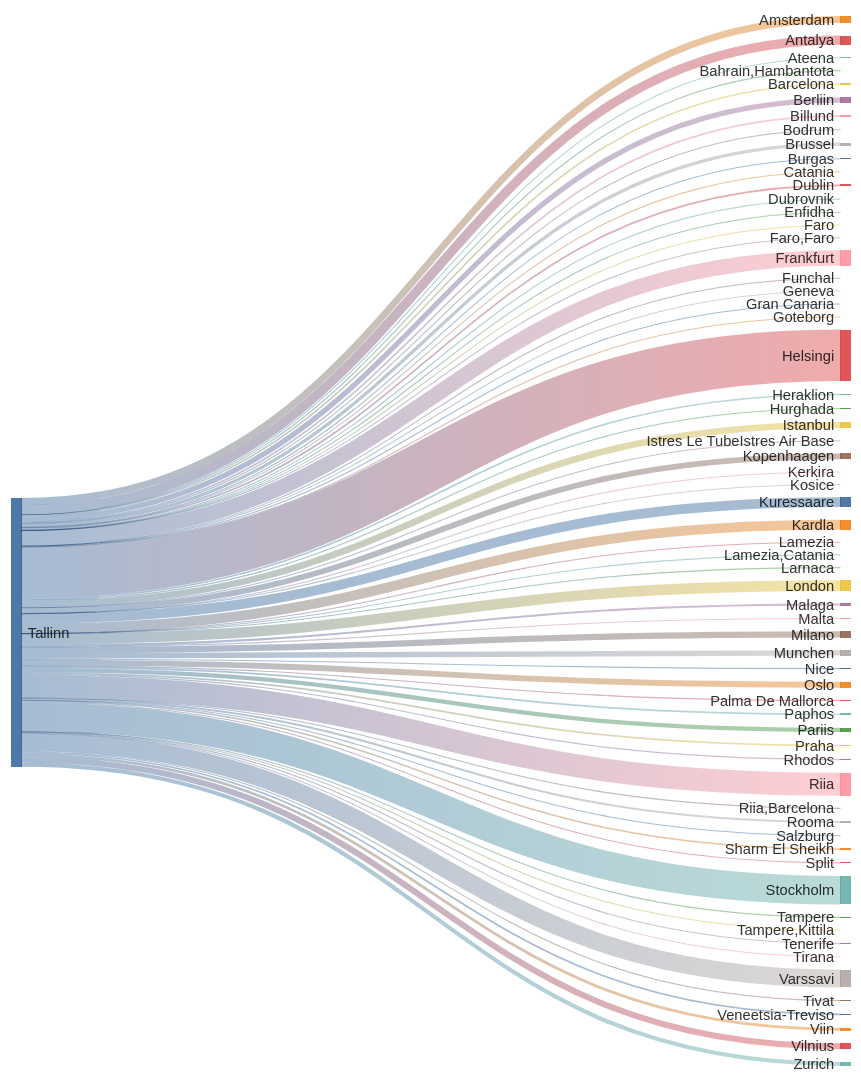
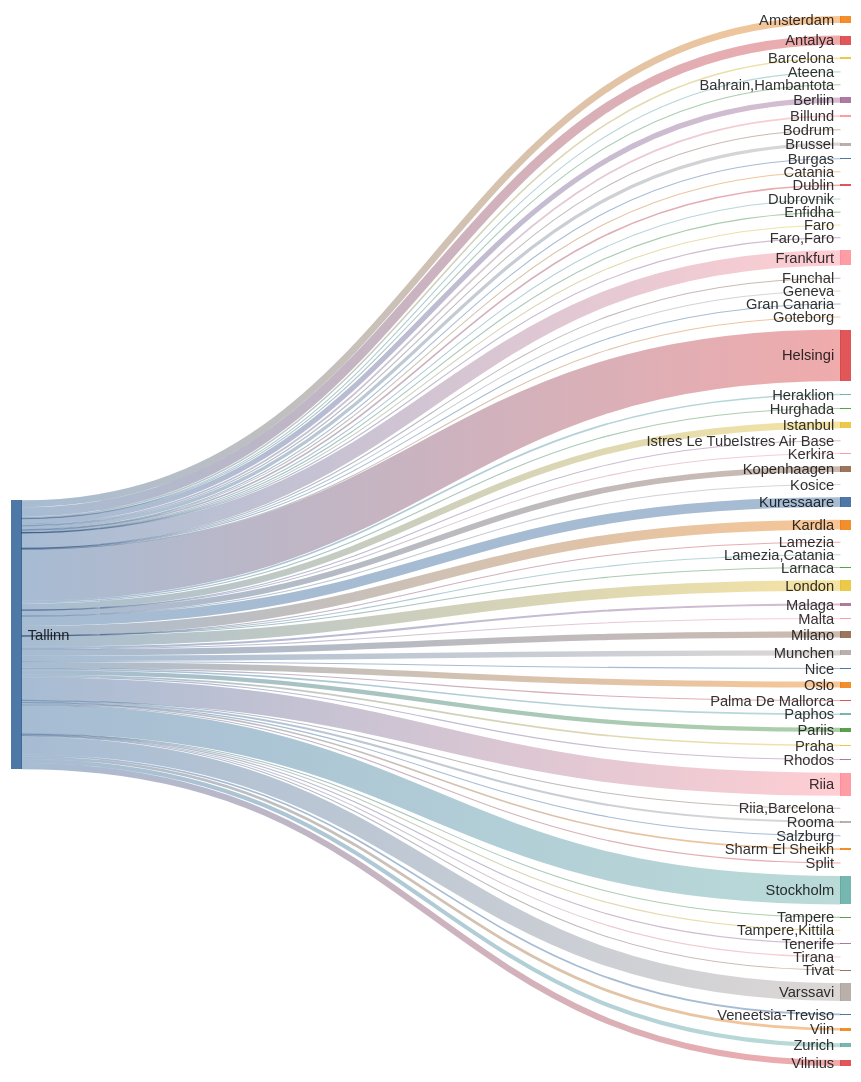
The second of 2 diagrams in README.md (rainermesi/tll-airport-departures), drawn with Mermaid before and after one commit. The commit also changed other lines of this file, not shown here.

````diff
--- a/README.md
+++ b/README.md
@@ -34,76 +34,76 @@
 ```mermaid
 ---
 config:
   sankey:
     showValues: false
     width: 800
     height: 1000
 ---
 sankey-beta
 %% source,target,value
-Tallinn,Amsterdam,194
+Tallinn,Amsterdam,195
 Tallinn,Antalya,264
 Tallinn,Ateena,16
 Tallinn,"Bahrain,Hambantota",1
-Tallinn,Barcelona,45
-Tallinn,Berliin,148
+Tallinn,Barcelona,46
+Tallinn,Berliin,149
 Tallinn,Billund,49
 Tallinn,Bodrum,11
-Tallinn,Brussel,92
+Tallinn,Brussel,93
 Tallinn,Burgas,21
 Tallinn,Catania,2
 Tallinn,Dublin,47
 Tallinn,Dubrovnik,21
 Tallinn,Enfidha,7
 Tallinn,Faro,4
 Tallinn,"Faro,Faro",1
-Tallinn,Frankfurt,431
+Tallinn,Frankfurt,434
 Tallinn,Funchal,5
 Tallinn,Geneva,3
-Tallinn,Gran Canaria,22
+Tallinn,Gran Canaria,23
 Tallinn,Goteborg,1
-Tallinn,Helsingi,1457
+Tallinn,Helsingi,1466
 Tallinn,Heraklion,46
 Tallinn,Hurghada,31
-Tallinn,Istanbul,186
+Tallinn,Istanbul,188
 Tallinn,Istres Le TubeIstres Air Base,2
 Tallinn,Kerkira,4
-Tallinn,Kopenhaagen,163
+Tallinn,Kopenhaagen,164
 Tallinn,Kosice,1
-Tallinn,Kuressaare,280
-Tallinn,Kardla,280
+Tallinn,Kuressaare,281
+Tallinn,Kardla,281
 Tallinn,Lamezia,1
 Tallinn,"Lamezia,Catania",3
 Tallinn,Larnaca,4
-Tallinn,London,300
+Tallinn,London,302
 Tallinn,Malaga,60
 Tallinn,Malta,15
-Tallinn,Milano,177
+Tallinn,Milano,178
 Tallinn,Munchen,153
 Tallinn,Nice,25
-Tallinn,Oslo,168
+Tallinn,Oslo,171
 Tallinn,Palma De Mallorca,19
 Tallinn,Paphos,46
-Tallinn,Pariis,123
+Tallinn,Pariis,124
 Tallinn,Praha,49
 Tallinn,Rhodos,32
-Tallinn,Riia,651
+Tallinn,Riia,655
 Tallinn,"Riia,Barcelona",1
-Tallinn,Rooma,59
+Tallinn,Rooma,60
 Tallinn,Salzburg,4
-Tallinn,Sharm El Sheikh,42
+Tallinn,Sharm El Sheikh,44
 Tallinn,Split,25
-Tallinn,Stockholm,806
+Tallinn,Stockholm,811
 Tallinn,Tampere,17
 Tallinn,"Tampere,Kittila",4
 Tallinn,Tenerife,33
 Tallinn,Tirana,8
 Tallinn,Tivat,26
-Tallinn,Varssavi,505
-Tallinn,Veneetsia-Treviso,47
+Tallinn,Varssavi,508
+Tallinn,Veneetsia-Treviso,48
 Tallinn,Viin,78
-Tallinn,Vilnius,173
-Tallinn,Zurich,117
+Tallinn,Vilnius,174
+Tallinn,Zurich,118
 
 
 ```
````
